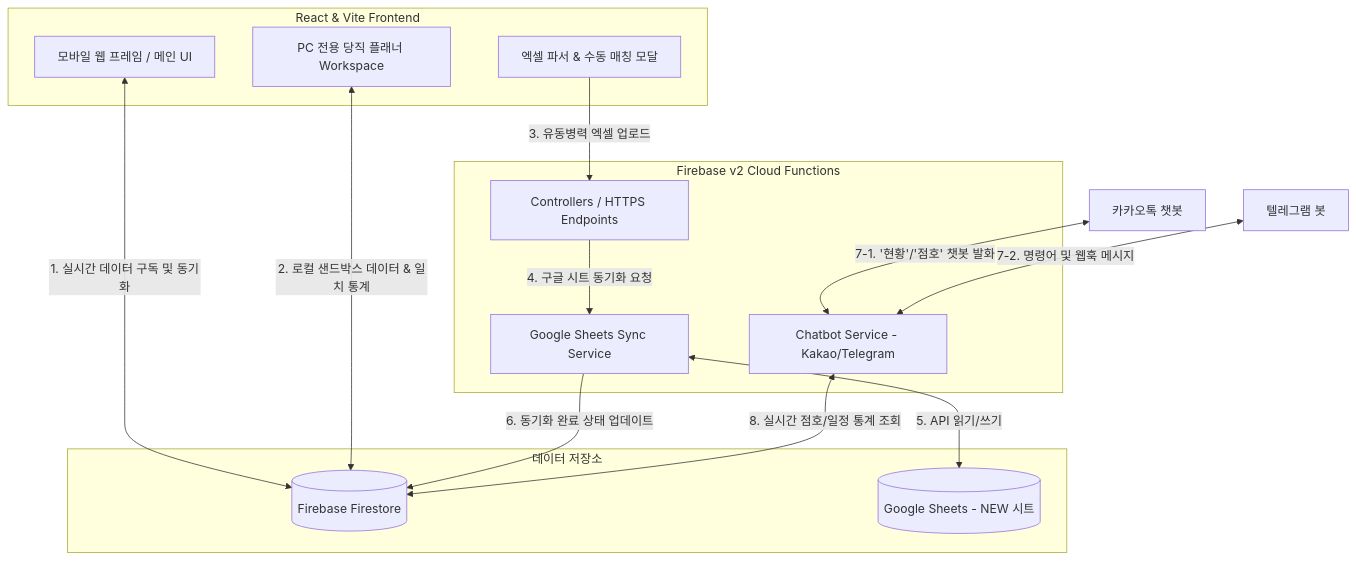
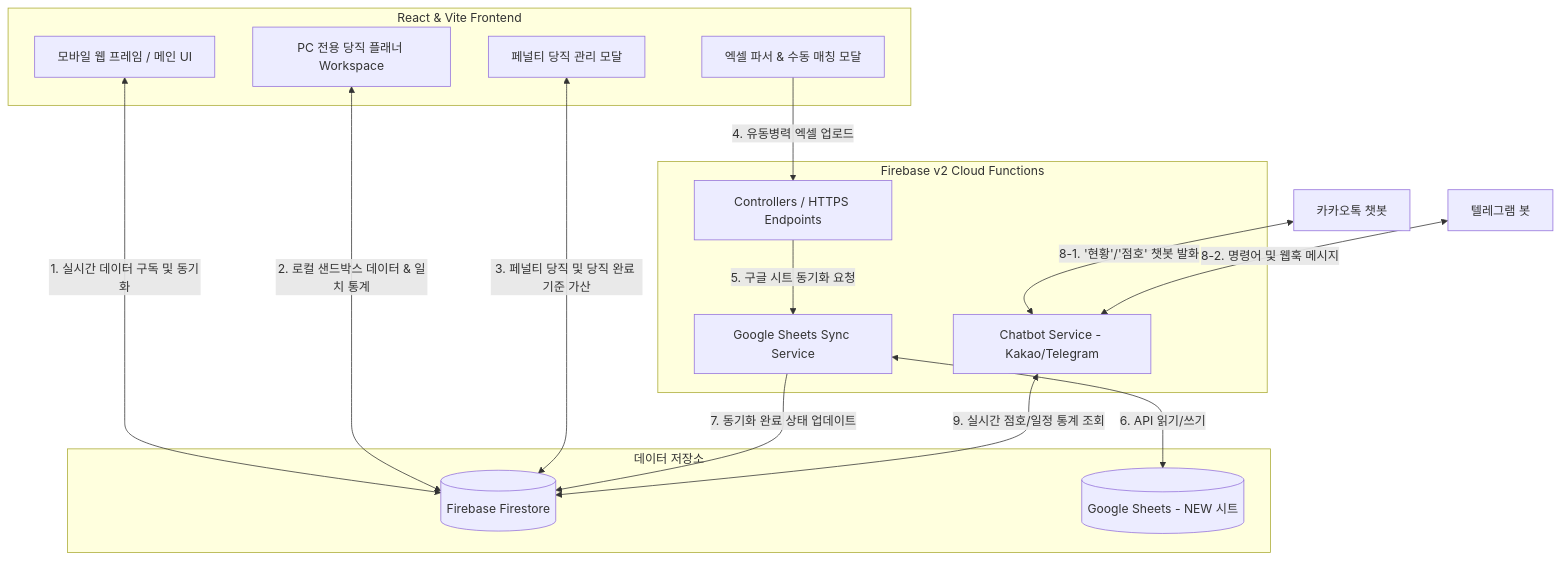
Before and after one commit to KangGunn/NCOA: the diagram in README.md, drawn with Mermaid. The commit also changed other lines of this file, not shown here.

````diff
--- a/README.md
+++ b/README.md
@@ -15,36 +15,38 @@
 ```mermaid
 flowchart TD
     %% 프론트엔드 영역
     subgraph Frontend [React & Vite Frontend]
         FE_APP[모바일 웹 프레임 / 메인 UI]
         FE_DUTY[PC 전용 당직 플래너 Workspace]
+        FE_PENALTY[페널티 당직 관리 모달]
         FE_EXCEL[엑셀 파서 & 수동 매칭 모달]
     end
 
     %% 백엔드 및 서비스 영역
     subgraph Backend [Firebase v2 Cloud Functions]
         BE_CTRL[Controllers / HTTPS Endpoints]
         BE_SYNC[Google Sheets Sync Service]
         BE_BOT[Chatbot Service - Kakao/Telegram]
     end
 
     %% 스토리지 영역
     subgraph Storage [데이터 저장소]
         FIRESTORE[(Firebase Firestore)]
         GSHEET[(Google Sheets - NEW 시트)]
     end
 
     %% 데이터 흐름 정의
     FE_APP <-->|1. 실시간 데이터 구독 및 동기화| FIRESTORE
     FE_DUTY <-->|2. 로컬 샌드박스 데이터 & 일치 통계| FIRESTORE
+    FE_PENALTY <-->|3. 페널티 당직 및 당직 완료 기준 가산| FIRESTORE
     
-    FE_EXCEL -->|3. 유동병력 엑셀 업로드| BE_CTRL
-    BE_CTRL -->|4. 구글 시트 동기화 요청| BE_SYNC
-    BE_SYNC <-->|5. API 읽기/쓰기| GSHEET
-    BE_SYNC -->|6. 동기화 완료 상태 업데이트| FIRESTORE
+    FE_EXCEL -->|4. 유동병력 엑셀 업로드| BE_CTRL
+    BE_CTRL -->|5. 구글 시트 동기화 요청| BE_SYNC
+    BE_SYNC <-->|6. API 읽기/쓰기| GSHEET
+    BE_SYNC -->|7. 동기화 완료 상태 업데이트| FIRESTORE
     
     %% 챗봇 연동 흐름
-    KakaoTalk[카카오톡 챗봇] <-->|7-1. '현황'/'점호' 챗봇 발화| BE_BOT
-    Telegram[텔레그램 봇] <-->|7-2. 명령어 및 웹훅 메시지| BE_BOT
-    BE_BOT <-->|8. 실시간 점호/일정 통계 조회| FIRESTORE
+    KakaoTalk[카카오톡 챗봇] <-->|8-1. '현황'/'점호' 챗봇 발화| BE_BOT
+    Telegram[텔레그램 봇] <-->|8-2. 명령어 및 웹훅 메시지| BE_BOT
+    BE_BOT <-->|9. 실시간 점호/일정 통계 조회| FIRESTORE
 ```
````
